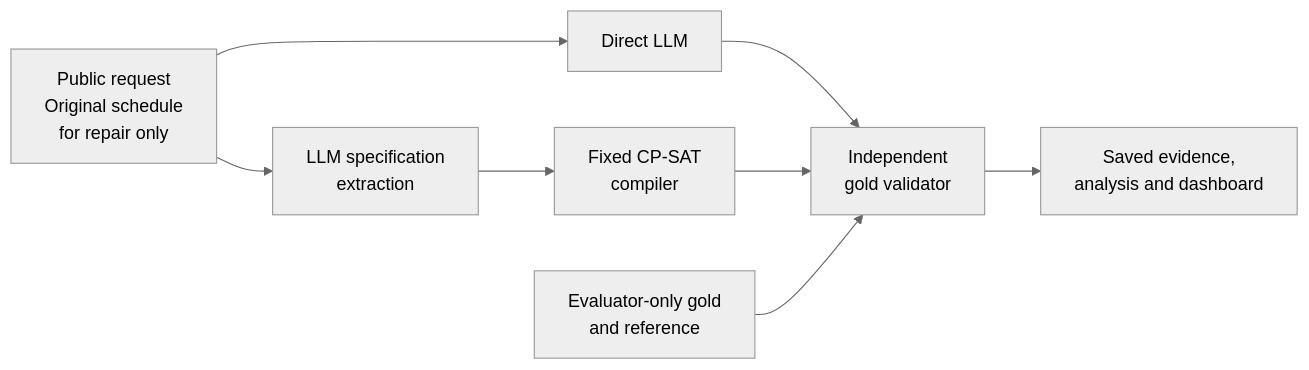
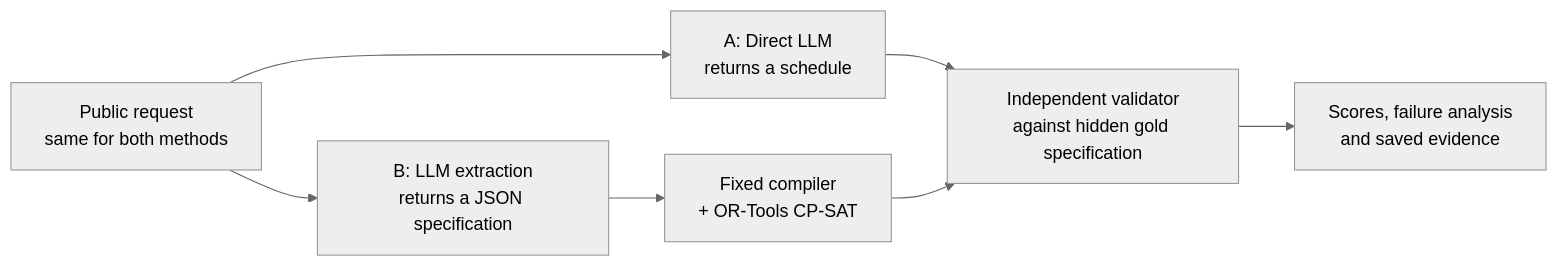
Before and after one commit to JellyPenguinnn/cs3263_group23: the diagram in README.md, drawn with Mermaid (neutral theme). The commit also changed other lines of this file and 29 other files, not shown here.

````diff
--- a/README.md
+++ b/README.md
@@ -29,10 +33,9 @@
 ```mermaid
 flowchart LR
-  R[Public request<br/>Original schedule<br/>for repair only] --> A[Direct LLM]
-  R --> B[LLM specification<br/>extraction]
-  B --> S[Fixed CP-SAT<br/>compiler]
-  A --> V[Independent<br/>gold validator]
+  R[Public request<br/>same for both methods] --> A[A: Direct LLM<br/>returns a schedule]
+  R --> B[B: LLM extraction<br/>returns a JSON specification]
+  B --> S[Fixed compiler<br/>+ OR-Tools CP-SAT]
+  A --> V[Independent validator<br/>against hidden gold specification]
   S --> V
-  G[Evaluator-only gold<br/>and reference] --> V
-  V --> E[Saved evidence,<br/>analysis and dashboard]
+  V --> E[Scores, failure analysis<br/>and saved evidence]
 ```
````
